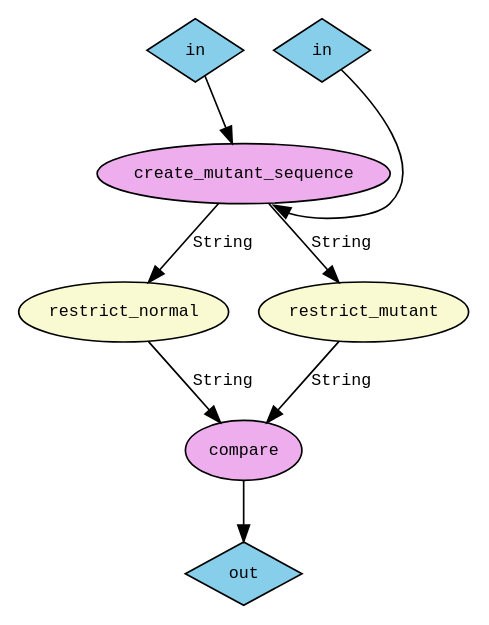
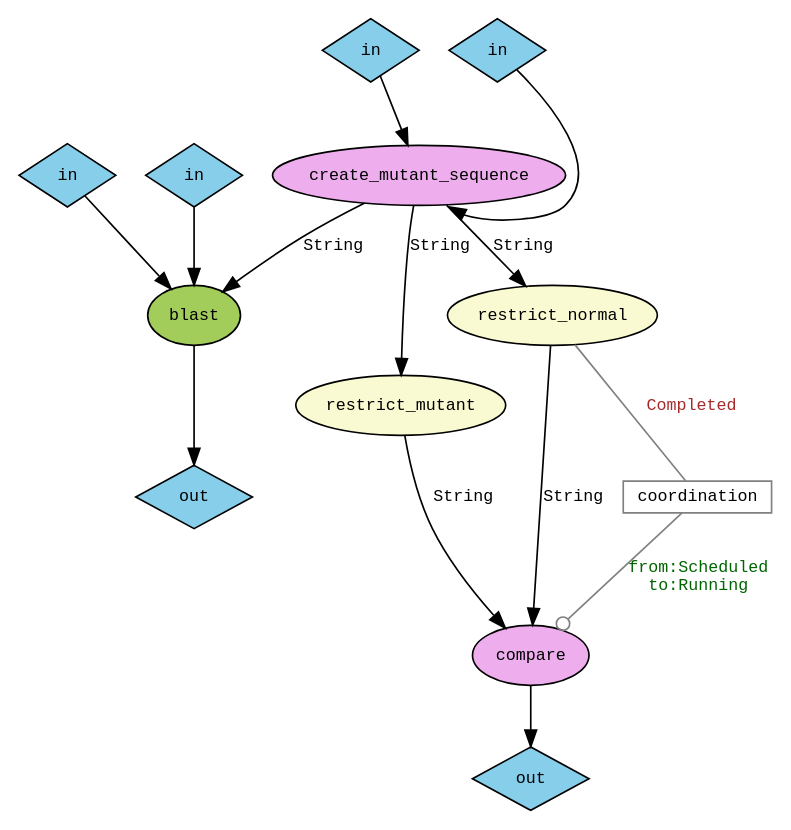
The diagram in trunk/taverna1.0/hybridworkflow/workflow.none.dot (taverna/taverna-svn), drawn with Graphviz before and after one commit. The commit also changed 6 other files, not shown here.

```diff
--- a/trunk/taverna1.0/hybridworkflow/workflow.none.dot
+++ b/trunk/taverna1.0/hybridworkflow/workflow.none.dot
@@ -1,67 +1,119 @@
 digraph scufl_graph {
  graph [             
   style=""         
  ]                   
  node [              
   fontname="Courier",         
   fontsize="10",              
   fontcolor="black",  
   color="black",               
   fillcolor="lightgoldenrodyellow",
   style="filled"  
  ];
 
  edge [                         
   fontname="Courier",         
   fontsize="10",              
   fontcolor="black",  
   color="black"                
  ];
 
+ externalblastdatabase [
+  shape="diamond",
+  width="0",
+  height="0",
+  fillcolor="skyblue",
+  label="in"
+ ]
+ externalblastdatabase->blast:database;
+ externalblastprogram [
+  shape="diamond",
+  width="0",
+  height="0",
+  fillcolor="skyblue",
+  label="in"
+ ]
+ externalblastprogram->blast:program;
+ externalblastresult [
+  shape="diamond",
+  width="0",
+  height="0",
+  fillcolor="skyblue",
+  label="out"
+ ]
+ blast:result->externalblastresult;
  externalcompareoutput [
   shape="diamond",
   width="0",
   height="0",
   fillcolor="skyblue",
   label="out"
  ]
  compare:output->externalcompareoutput;
  externalcreate_mutant_sequencesequence [
   shape="diamond",
   width="0",
   height="0",
   fillcolor="skyblue",
   label="in"
  ]
  externalcreate_mutant_sequencesequence->create_mutant_sequence:sequence;
  externalcreate_mutant_sequencesnplist [
   shape="diamond",
   width="0",
   height="0",
   fillcolor="skyblue",
   label="in"
  ]
  externalcreate_mutant_sequencesnplist->create_mutant_sequence:snplist;
+ blast [ 
+  fillcolor = "darkolivegreen3",
+  label = "blast"
+ ];
  compare [ 
   fillcolor = "plum2",
   label = "compare"
- ];              
+ ];
  restrict_normal [ 
   label = "restrict_normal"
- ];              
+ ];
  restrict_mutant [ 
   label = "restrict_mutant"
- ];              
+ ];
  create_mutant_sequence [ 
   fillcolor = "plum2",
   label = "create_mutant_sequence"
- ];              
+ ];
+ create_mutant_sequence->blast [ 
+  label = "String" ];
  restrict_normal->compare [ 
   label = "String" ];
  restrict_mutant->compare [ 
   label = "String" ];
  create_mutant_sequence->restrict_normal [ 
   label = "String" ];
  create_mutant_sequence->restrict_mutant [ 
   label = "String" ];
+ constrainttestcoordination [
+  shape="rectangle",
+  fillcolor="white",
+  height="0",
+  width="0",
+  color="gray",
+  label="coordination"
+ ]
+ restrict_normal->constrainttestcoordination [
+  arrowhead="none",
+  arrowtail="dot",
+  color="gray",
+  fontcolor="brown",
+  label="Completed"
+ ]
+ constrainttestcoordination->compare [
+  arrowhead="odot",
+  arrowtail="none",
+  color="gray",
+  fontcolor="darkgreen",
+  label="from:Scheduled\nto:Running"
+ ];
 }
```
